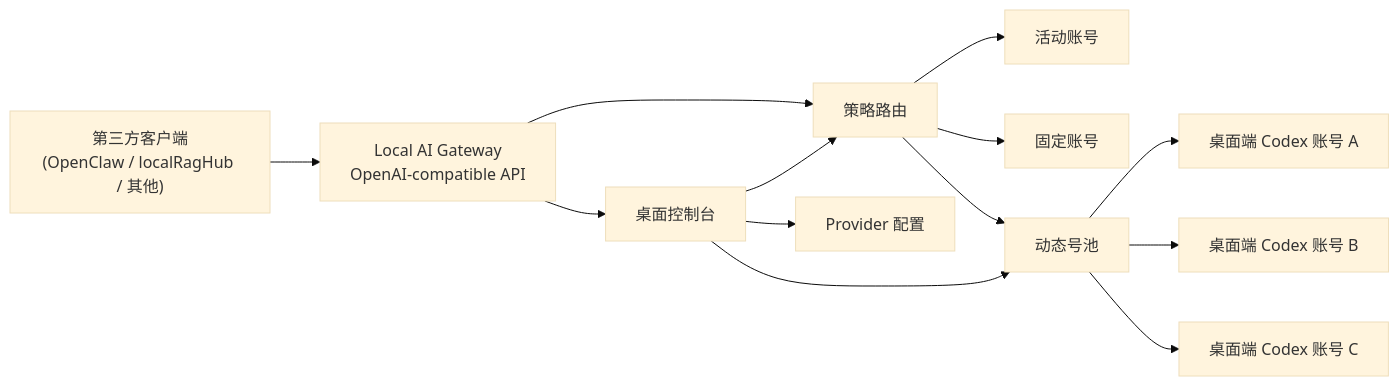
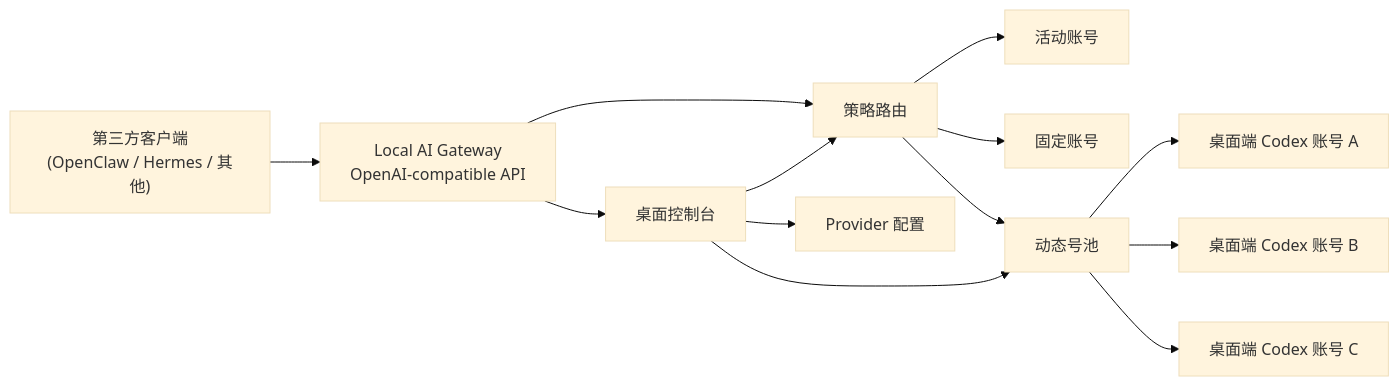
One commit to Henery002/local-ai-gateway changed the diagram in README.md. Above: the diagram before and after it, drawn with Mermaid (base theme). The commit also changed other lines of this file and 28 other files, not shown here.

````diff
--- a/README.md
+++ b/README.md
@@ -146,15 +152,15 @@
 ```mermaid
 flowchart LR
-  A["第三方客户端\n(OpenClaw / localRagHub / 其他)"] --> B["Local AI Gateway\nOpenAI-compatible API"]
+  A["第三方客户端\n(OpenClaw / Hermes / 其他)"] --> B["Local AI Gateway\nOpenAI-compatible API"]
   B --> C["策略路由"]
   C --> D["活动账号"]
   C --> E["固定账号"]
   C --> F["动态号池"]
   F --> G["桌面端 Codex 账号 A"]
   F --> H["桌面端 Codex 账号 B"]
   F --> I["桌面端 Codex 账号 C"]
   B --> J["桌面控制台"]
   J --> C
   J --> F
   J --> K["Provider 配置"]
 ```
````
